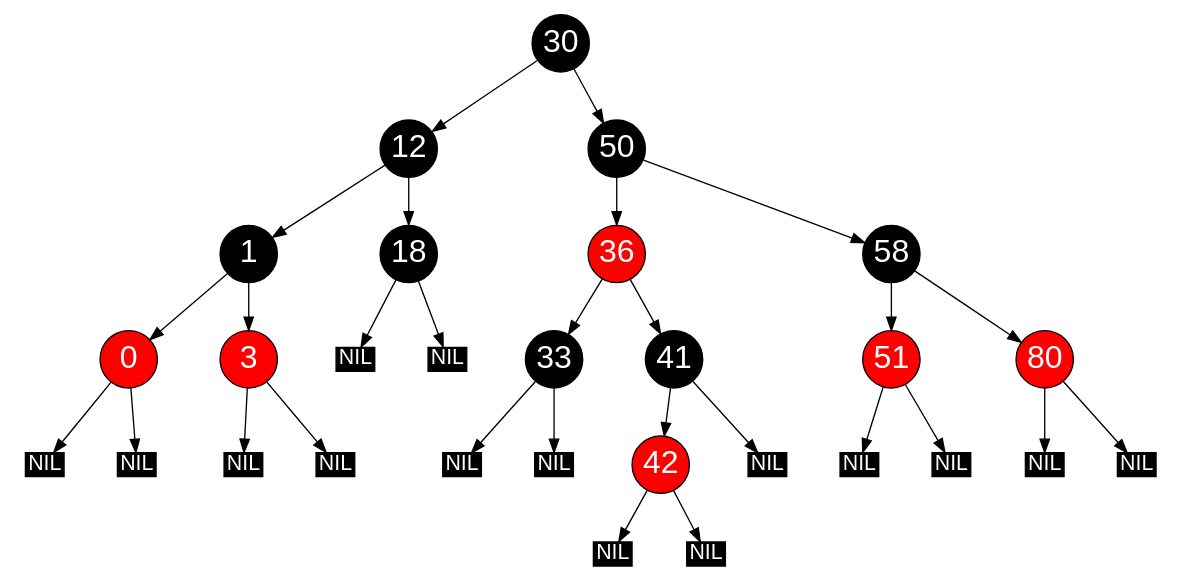
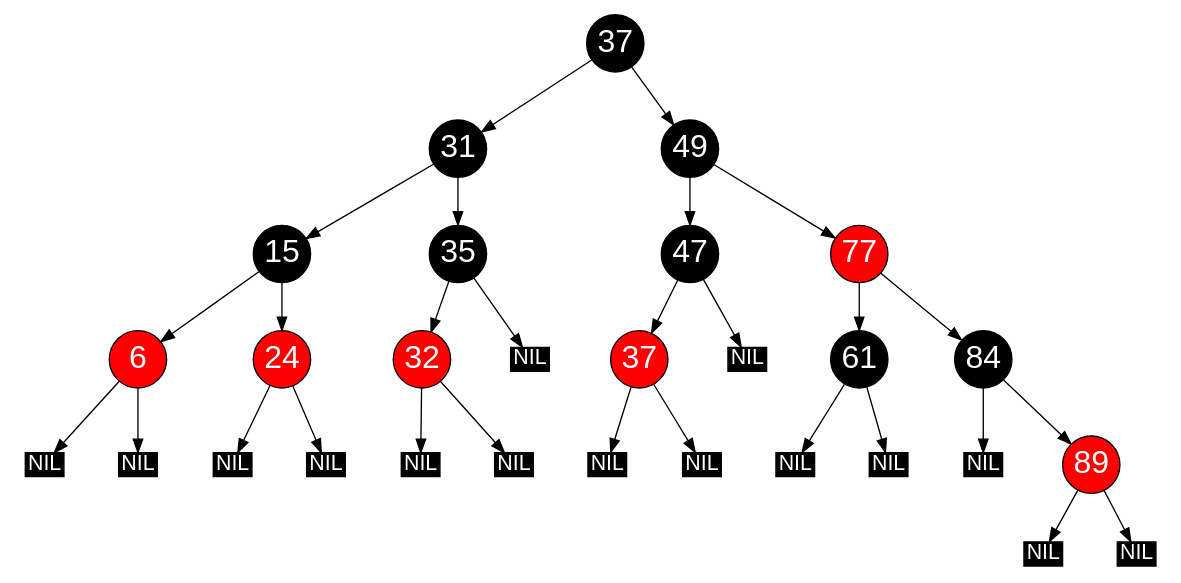
One commit to gbshschmlu/hs_fulda changed the diagram in wise2025/algorithmen_und_datenstrukturen/testat2/dot_output/tree_14.dot. Above: the diagram before and after it, drawn with Graphviz. The commit also changed 46 other files, not shown here.

```diff
--- a/wise2025/algorithmen_und_datenstrukturen/testat2/dot_output/tree_14.dot
+++ b/wise2025/algorithmen_und_datenstrukturen/testat2/dot_output/tree_14.dot
@@ -1,42 +1,66 @@
 // Red Black Tree
 digraph G {
 	graph [ratio=.48];
 	node [style=filled, color=black, shape=circle, width=.6
 		fontname=Helvetica, fontweight=bold, fontcolor=white,
 		fontsize=24, fixedsize=true];
 
-	0, 3, 36, 42, 51, 80
-	[fillcolor=red];
+	n0 [label="37"];
+	n1 [label="31"];
+	n2 [label="15"];
+	n3 [label="6", fillcolor=red];
+	nil0 [label="NIL", shape=record, width=.4, height=.25, fontsize=16];
+	nil1 [label="NIL", shape=record, width=.4, height=.25, fontsize=16];
+	n4 [label="24", fillcolor=red];
+	nil2 [label="NIL", shape=record, width=.4, height=.25, fontsize=16];
+	nil3 [label="NIL", shape=record, width=.4, height=.25, fontsize=16];
+	n5 [label="35"];
+	n6 [label="32", fillcolor=red];
+	nil4 [label="NIL", shape=record, width=.4, height=.25, fontsize=16];
+	nil5 [label="NIL", shape=record, width=.4, height=.25, fontsize=16];
+	nil6 [label="NIL", shape=record, width=.4, height=.25, fontsize=16];
+	n7 [label="49"];
+	n8 [label="47"];
+	n9 [label="37", fillcolor=red];
+	nil7 [label="NIL", shape=record, width=.4, height=.25, fontsize=16];
+	nil8 [label="NIL", shape=record, width=.4, height=.25, fontsize=16];
+	nil9 [label="NIL", shape=record, width=.4, height=.25, fontsize=16];
+	n10 [label="77", fillcolor=red];
+	n11 [label="61"];
+	nil10 [label="NIL", shape=record, width=.4, height=.25, fontsize=16];
+	nil11 [label="NIL", shape=record, width=.4, height=.25, fontsize=16];
+	n12 [label="84"];
+	nil12 [label="NIL", shape=record, width=.4, height=.25, fontsize=16];
+	n13 [label="89", fillcolor=red];
+	nil13 [label="NIL", shape=record, width=.4, height=.25, fontsize=16];
+	nil14 [label="NIL", shape=record, width=.4, height=.25, fontsize=16];
 
-	nil0, nil1, nil2, nil3, nil4, nil5, nil6, nil7, nil8, nil9, nil10, nil11, nil12, nil13, nil14
-	[label="NIL", shape=record, width=.4, height=.25, fontsize=16];
-
-	30 -> 12;
-	12 -> 1;
-	1 -> 0;
-	0 -> nil0;
-	0 -> nil1;
-	1 -> 3;
-	3 -> nil2;
-	3 -> nil3;
-	12 -> 18;
-	18 -> nil4;
-	18 -> nil5;
-	30 -> 50;
-	50 -> 36;
-	36 -> 33;
-	33 -> nil6;
-	33 -> nil7;
-	36 -> 41;
-	41 -> nil8;
-	41 -> 42;
-	42 -> nil9;
-	42 -> nil10;
-	50 -> 58;
-	58 -> 51;
-	51 -> nil11;
-	51 -> nil12;
-	58 -> 80;
-	80 -> nil13;
-	80 -> nil14;
+	n3 -> nil0;
+	n3 -> nil1;
+	n2 -> n3;
+	n4 -> nil2;
+	n4 -> nil3;
+	n2 -> n4;
+	n1 -> n2;
+	n6 -> nil4;
+	n6 -> nil5;
+	n5 -> n6;
+	n5 -> nil6;
+	n1 -> n5;
+	n0 -> n1;
+	n9 -> nil7;
+	n9 -> nil8;
+	n8 -> n9;
+	n8 -> nil9;
+	n7 -> n8;
+	n11 -> nil10;
+	n11 -> nil11;
+	n10 -> n11;
+	n12 -> nil12;
+	n13 -> nil13;
+	n13 -> nil14;
+	n12 -> n13;
+	n10 -> n12;
+	n7 -> n10;
+	n0 -> n7;
 }
```
